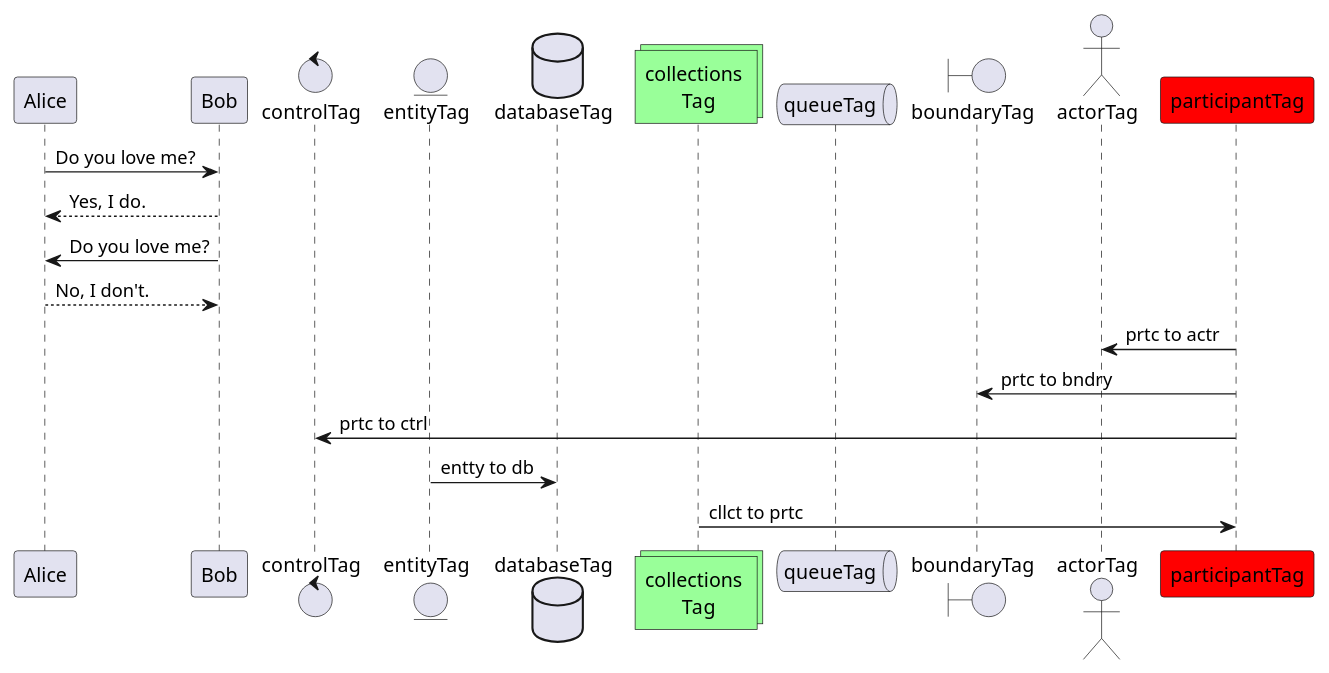
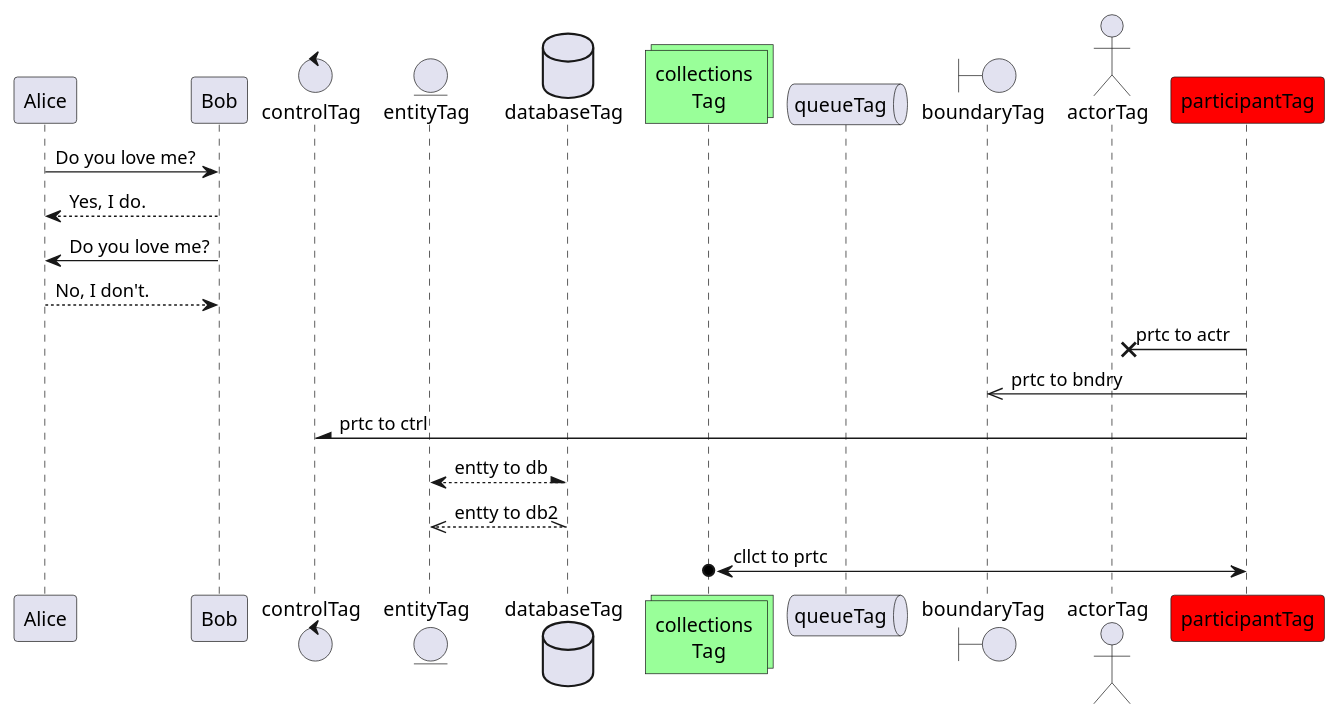
Before and after one commit to communication-engineer-ikz/plant-uml-playground: the diagram in sequence-diagram.pu, drawn with PlantUML.

Commit message:
矢印のデザイン変更

```diff
--- a/sequence-diagram.pu
+++ b/sequence-diagram.pu
@@ -1,24 +1,25 @@
 @startuml sequence-diagram
 Alice -> Bob: Do you love me?
 Bob --> Alice: Yes, I do.
 
 Alice <- Bob: Do you love me?
 Bob <-- Alice: No, I don't.
 
 participant participantTag as prtc order 30 #Red 
 ' comment
 actor actorTag as actr order 20
 boundary boundaryTag as bndry order 10
 control controlTag as ctrl
 entity entityTag as entty
 database databaseTag as db
 collections "collections \n Tag" as cllct #99FF99
 queue queueTag as q
 
-prtc -> actr: prtc to actr
-prtc -> bndry: prtc to bndry
-prtc -> ctrl: prtc to ctrl
-entty -> db: entty to db
-cllct -> prtc: cllct to prtc
+prtc ->x actr: prtc to actr
+prtc ->> bndry: prtc to bndry
+prtc -\ ctrl: prtc to ctrl
+entty <--\ db: entty to db
+entty //--\\ db: entty to db2
+cllct o<-> prtc: cllct to prtc
 
 @enduml
```
